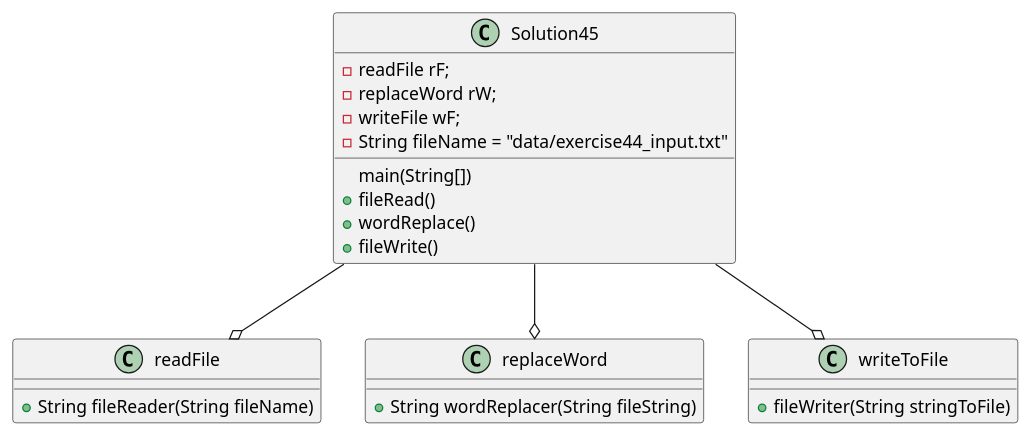
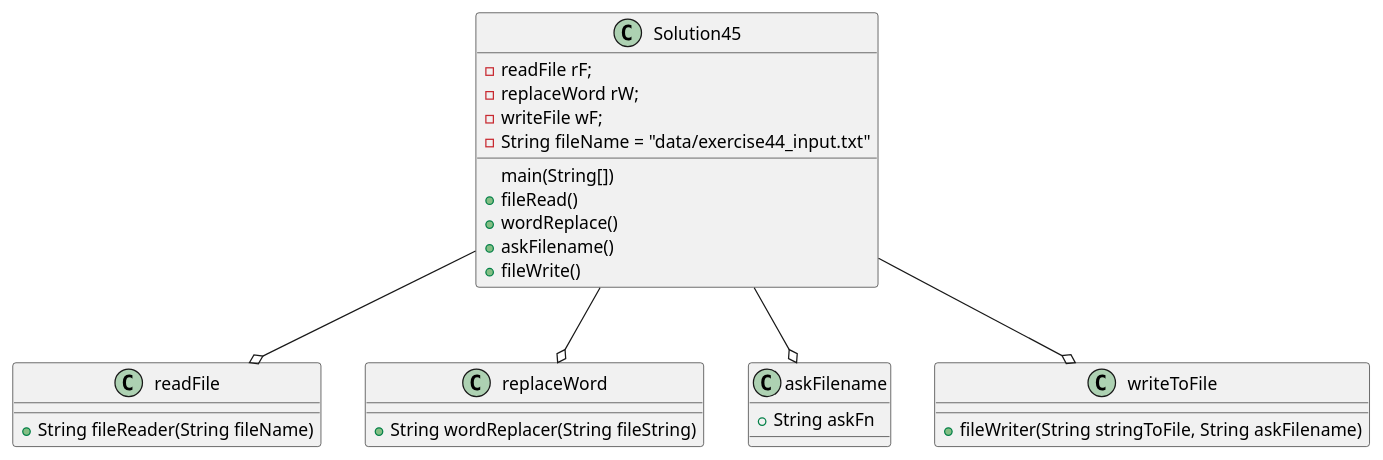
The diagram in exercise45/docs/classes.puml (Your0nlySon/Duncan-a04), drawn with PlantUML before and after one commit. The commit also changed 3 other files, not shown here.

Commit message:
Updated UML

```diff
--- a/exercise45/docs/classes.puml
+++ b/exercise45/docs/classes.puml
@@ -1,34 +1,41 @@
 @startuml
 
 class Solution45 {
     -readFile rF;
     -replaceWord rW;
     -writeFile wF;
     -String fileName = "data/exercise44_input.txt"
 
     main(String[])
     +fileRead()
     'rF.fileRead(fileName)
     +wordReplace()
     'rW.wordReplace(fileRead)
+    +askFilename()
+    'fN.askFN()
     +fileWrite()
     'wF.fileWrite(wordReplace)
 }
 
 class readFile {
     +String fileReader(String fileName)
 }
 
 class replaceWord {
     +String wordReplacer(String fileString)
 }
 
+class askFilename {
+    +String askFn
+}
+
 class writeToFile {
-    +fileWriter(String stringToFile)
+    +fileWriter(String stringToFile, String askFilename)
 }
 
 Solution45 --o readFile
 Solution45 --o replaceWord
+Solution45 --o askFilename
 Solution45 --o writeToFile
 
 @enduml
```
